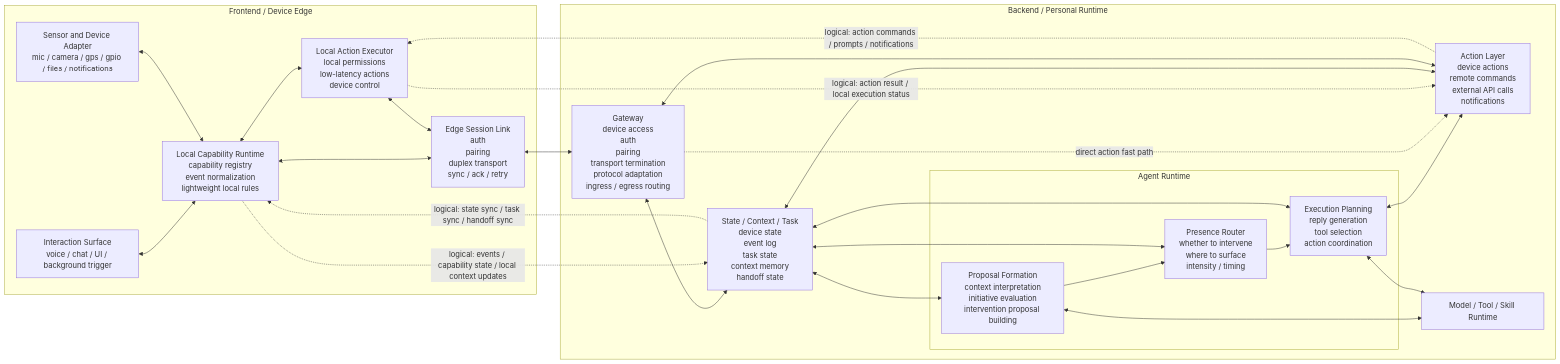
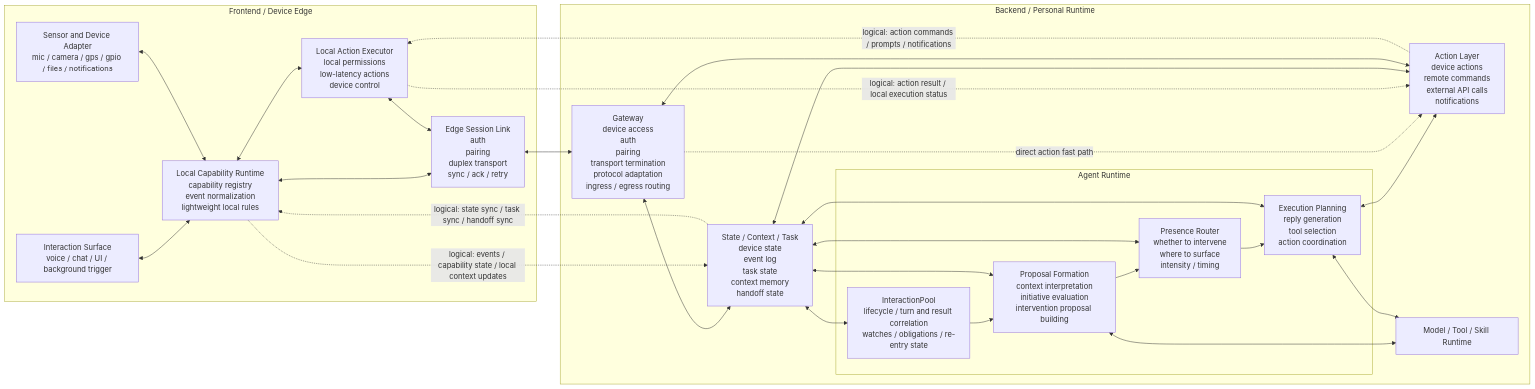
The first of 3 diagrams in docs/plans/2026-06-16-runtime-architecture-design.md (nwomn/openhalo), drawn with Mermaid before and after one commit. The commit also changed other lines of this file and 11 other files, not shown here.

````diff
--- a/docs/plans/2026-06-16-runtime-architecture-design.md
+++ b/docs/plans/2026-06-16-runtime-architecture-design.md
@@ -24,49 +24,52 @@
 ```mermaid
 flowchart LR
     subgraph FE["Frontend / Device Edge"]
         FE1["Interaction Surface<br/>voice / chat / UI / background trigger"]
         FE2["Sensor and Device Adapter<br/>mic / camera / gps / gpio / files / notifications"]
         FE3["Local Capability Runtime<br/>capability registry<br/>event normalization<br/>lightweight local rules"]
         FE4["Local Action Executor<br/>local permissions<br/>low-latency actions<br/>device control"]
         FE5["Edge Session Link<br/>auth<br/>pairing<br/>duplex transport<br/>sync / ack / retry"]
 
         FE1 <--> FE3
         FE2 <--> FE3
         FE3 <--> FE4
         FE3 <--> FE5
         FE4 <--> FE5
     end
 
     subgraph BE["Backend / Personal Runtime"]
         BE1["Gateway<br/>device access<br/>auth<br/>pairing<br/>transport termination<br/>protocol adaptation<br/>ingress / egress routing"]
         BE2["State / Context / Task<br/>device state<br/>event log<br/>task state<br/>context memory<br/>handoff state"]
         subgraph BE3["Agent Runtime"]
+            AR0["InteractionPool<br/>lifecycle / turn and result correlation<br/>watches / obligations / re-entry state"]
             AR1["Proposal Formation<br/>context interpretation<br/>initiative evaluation<br/>intervention proposal building"]
             AR2["Presence Router<br/>whether to intervene<br/>where to surface<br/>intensity / timing"]
             AR3["Execution Planning<br/>reply generation<br/>tool selection<br/>action coordination"]
 
+            AR0 --> AR1
             AR1 --> AR2
             AR2 --> AR3
         end
         BE5["Action Layer<br/>device actions<br/>remote commands<br/>external API calls<br/>notifications"]
         BE6["Model / Tool / Skill Runtime"]
 
         BE1 <--> BE2
+        BE2 <--> AR0
         BE2 <--> AR1
         BE2 <--> AR2
         BE2 <--> AR3
         AR1 <--> BE6
         AR3 <--> BE5
         AR3 <--> BE6
         BE5 <--> BE2
         BE5 <--> BE1
         BE1 -. "direct action fast path" .-> BE5
     end
 
     FE5 <--> BE1
 
     FE3 -. "logical: events / capability state / local context updates" .-> BE2
     BE2 -. "logical: state sync / task sync / handoff sync" .-> FE3
     BE5 -. "logical: action commands / prompts / notifications" .-> FE4
     FE4 -. "logical: action result / local execution status" .-> BE5
 ```
````
